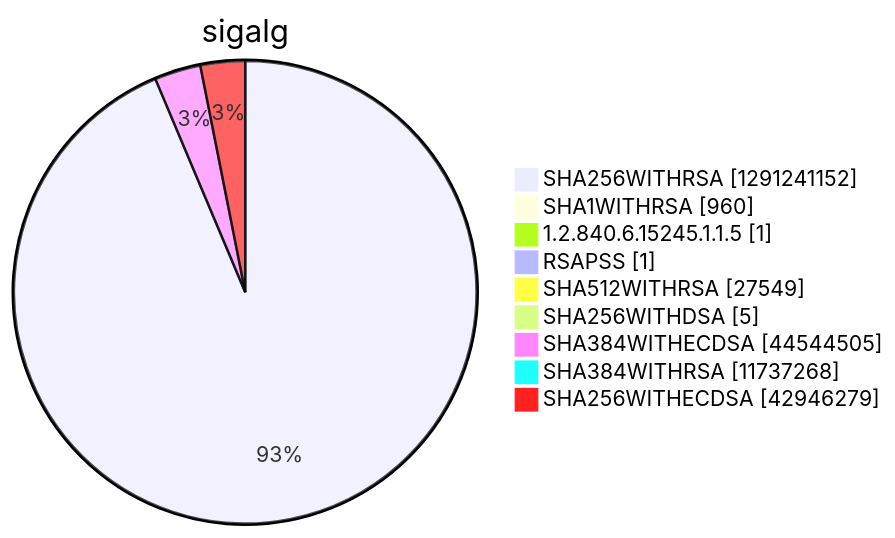
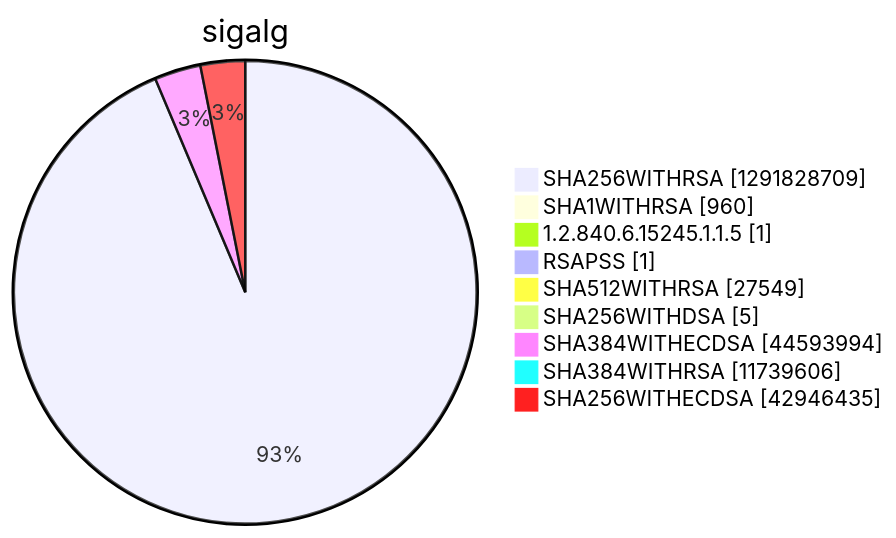
One commit to christiankrug/ctmonitor_visualization changed diagram 15 of 15 in argon2022/README.md. Above: the diagram before and after it, drawn with Mermaid. The commit also changed other lines of this file, not shown here.

````diff
--- a/argon2022/README.md
+++ b/argon2022/README.md
@@ -5523,13 +5523,13 @@
 ```mermaid
 pie showData
 title sigalg
-"SHA256WITHRSA" :1291241152
+"SHA256WITHRSA" :1291828709
 "SHA1WITHRSA" :960
 "1.2.840.6.15245.1.1.5" :1
 "RSAPSS" :1
 "SHA512WITHRSA" :27549
 "SHA256WITHDSA" :5
-"SHA384WITHECDSA" :44544505
-"SHA384WITHRSA" :11737268
-"SHA256WITHECDSA" :42946279
+"SHA384WITHECDSA" :44593994
+"SHA384WITHRSA" :11739606
+"SHA256WITHECDSA" :42946435
 ```
````
